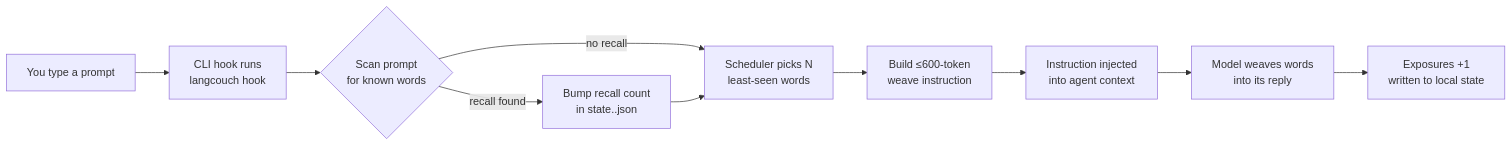
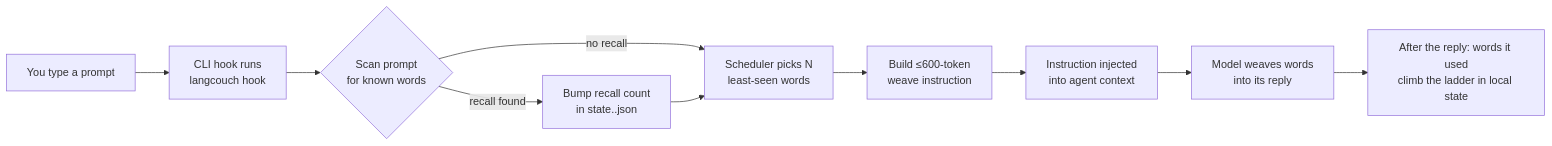
Before and after one commit to shmsk/LangCouch: the diagram in README.md, drawn with Mermaid. The commit also changed other lines of this file and 23 other files, not shown here.

First line of the commit message:
0.6.0: weave algorithm 3 by default; after-reply events in every host; langcouch mode

````diff
--- a/README.md
+++ b/README.md
@@ -109,12 +109,12 @@
 ```mermaid
 flowchart LR
     A[You type a prompt] --> B[CLI hook runs<br/>langcouch hook]
     B --> C{Scan prompt<br/>for known words}
     C -->|recall found| D[Bump recall count<br/>in state.<lang>.json]
     C -->|no recall| E[Scheduler picks N<br/>least-seen words]
     D --> E
     E --> F[Build ≤600-token<br/>weave instruction]
     F --> G[Instruction injected<br/>into agent context]
     G --> H[Model weaves words<br/>into its reply]
-    H --> I[Exposures +1<br/>written to local state]
+    H --> I[After the reply: words it used<br/>climb the ladder in local state]
 ```
````
